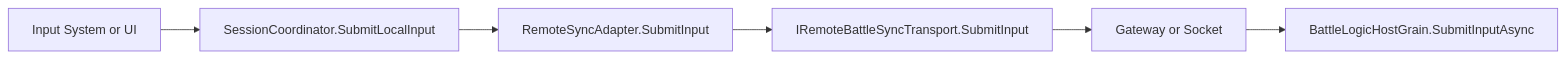
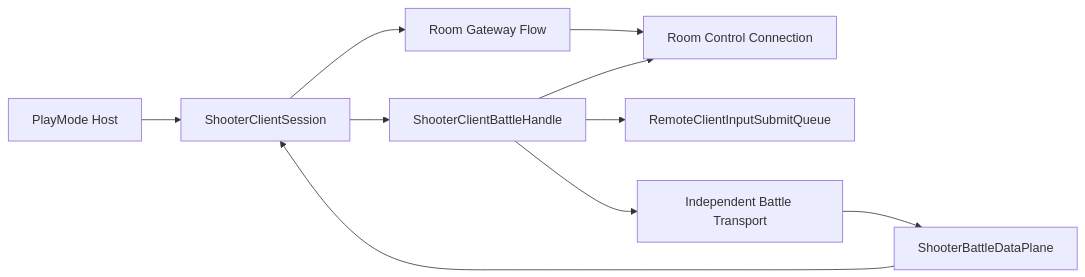
Before and after one commit to HOBOBO/AbilityKit: the second of 11 diagrams in Docs/design/07-NetworkSynchronization/05-SessionCoordination.md, drawn with Mermaid. The commit also changed other lines of this file and 328 other files, not shown here.

````diff
--- a/Docs/design/07-NetworkSynchronization/05-SessionCoordination.md
+++ b/Docs/design/07-NetworkSynchronization/05-SessionCoordination.md
@@ -278,8 +168,12 @@
 ```mermaid
 flowchart LR
-    UI[Input System or UI] --> Coord[SessionCoordinator.SubmitLocalInput]
-    Coord --> Adapter[RemoteSyncAdapter.SubmitInput]
-    Adapter --> Transport[IRemoteBattleSyncTransport.SubmitInput]
-    Transport --> Gateway[Gateway or Socket]
-    Gateway --> Battle[BattleLogicHostGrain.SubmitInputAsync]
+    Host[PlayMode Host] --> Session[ShooterClientSession]
+    Session --> Flow[Room Gateway Flow]
+    Flow --> Control[Room Control Connection]
+    Session --> Handle[ShooterClientBattleHandle]
+    Handle --> Queue[RemoteClientInputSubmitQueue]
+    Handle --> BattleTransport[Independent Battle Transport]
+    BattleTransport --> DataPlane[ShooterBattleDataPlane]
+    DataPlane --> Session
+    Handle --> Control
 ```
````
